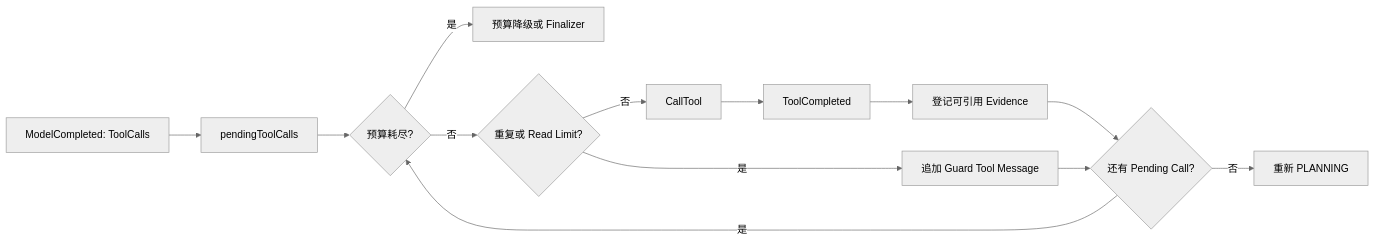
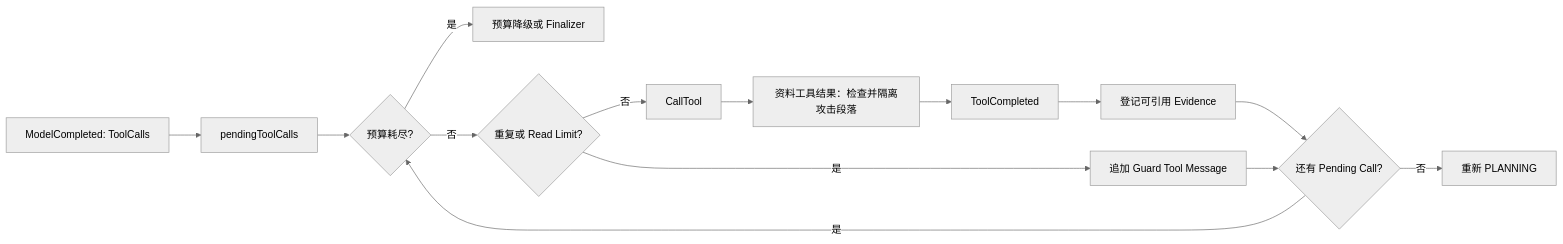
Before and after one commit to ryanmeowy/anchr-app: the fourth of 6 diagrams in docs/agent-rag-workflow.md, drawn with Mermaid (neutral theme). The commit also changed other lines of this file and 32 other files, not shown here.

````diff
--- a/docs/agent-rag-workflow.md
+++ b/docs/agent-rag-workflow.md
@@ -196,15 +196,16 @@
 ```mermaid
 flowchart LR
     A["ModelCompleted: ToolCalls"] --> B["pendingToolCalls"]
     B --> C{"预算耗尽?"}
     C -- "是" --> D["预算降级或 Finalizer"]
     C -- "否" --> E{"重复或 Read Limit?"}
     E -- "是" --> F["追加 Guard Tool Message"]
     E -- "否" --> G["CallTool"]
-    G --> H["ToolCompleted"]
+    G --> G1["资料工具结果：检查并隔离攻击段落"]
+    G1 --> H["ToolCompleted"]
     H --> I["登记可引用 Evidence"]
     I --> J{"还有 Pending Call?"}
     J -- "是" --> C
     J -- "否" --> K["重新 PLANNING"]
     F --> J
 ```
````
